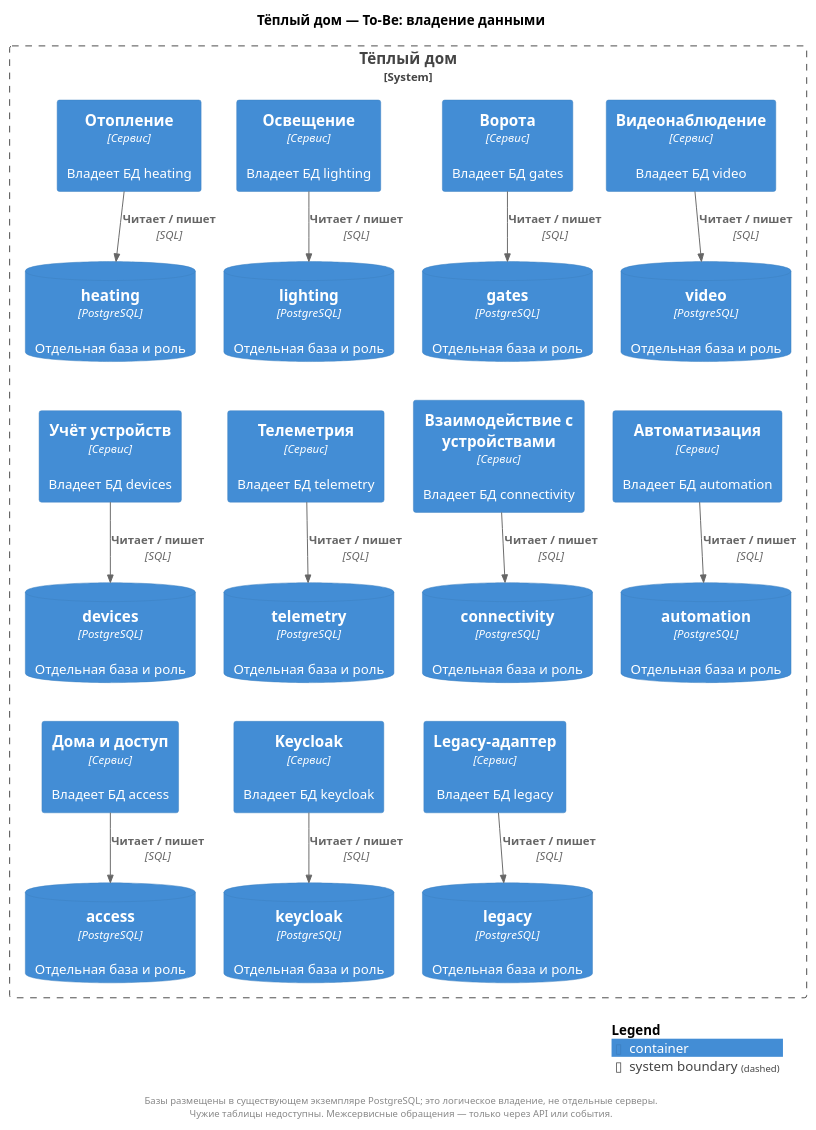
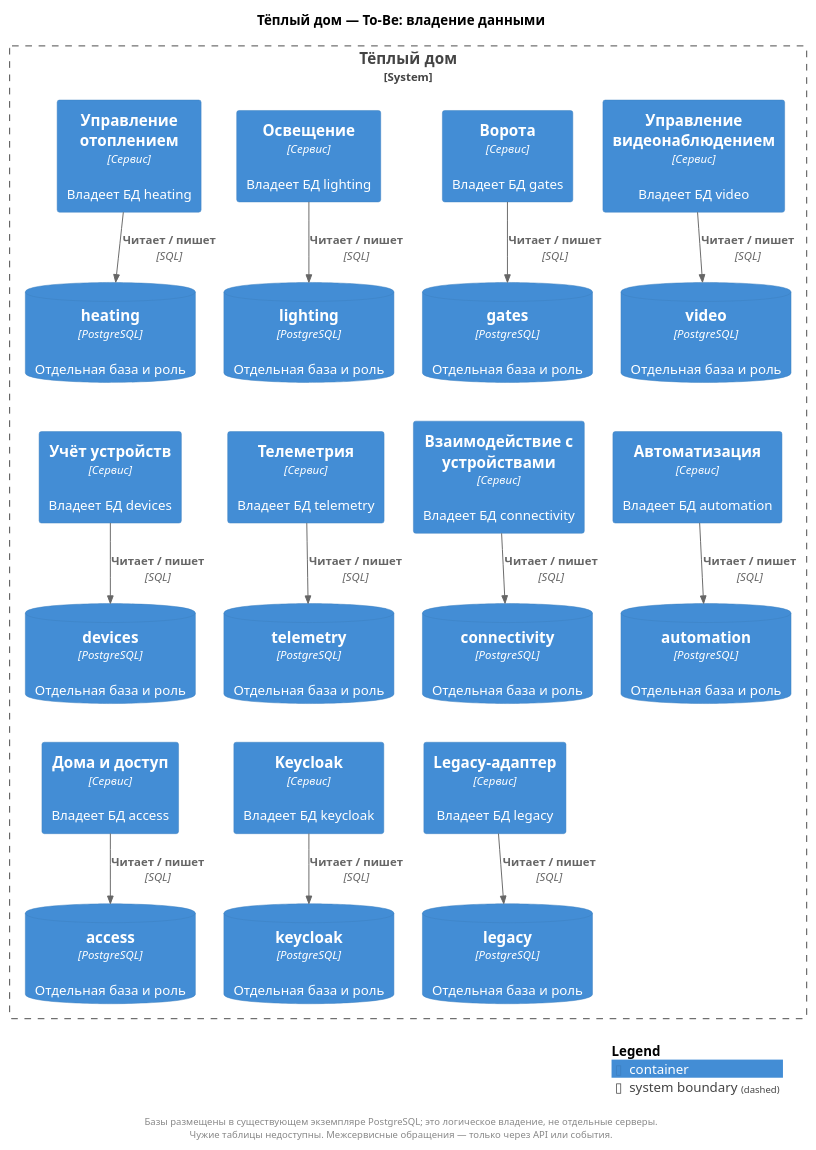
Before and after one commit to AndyMcFishka/architecture-pro-warmhouse: the diagram in diagrams/to-be-storage.puml, drawn with PlantUML. The commit also changed 11 other files, not shown here.

```diff
--- a/diagrams/to-be-storage.puml
+++ b/diagrams/to-be-storage.puml
@@ -1,65 +1,65 @@
 @startuml
 !include <C4/C4_Container>
 title Тёплый дом — To-Be: владение данными
 LAYOUT_TOP_DOWN()
 skinparam nodesep 30
 skinparam ranksep 40
 System_Boundary(platform, "Тёплый дом") {
-  Container(heating, "Отопление", "Сервис", "Владеет БД heating")
+  Container(heating, "Управление отоплением", "Сервис", "Владеет БД heating")
   ContainerDb(db_heating, "heating", "PostgreSQL", "Отдельная база и роль")
   Container(lighting, "Освещение", "Сервис", "Владеет БД lighting")
   ContainerDb(db_lighting, "lighting", "PostgreSQL", "Отдельная база и роль")
   Container(gates, "Ворота", "Сервис", "Владеет БД gates")
   ContainerDb(db_gates, "gates", "PostgreSQL", "Отдельная база и роль")
-  Container(video, "Видеонаблюдение", "Сервис", "Владеет БД video")
+  Container(video, "Управление видеонаблюдением", "Сервис", "Владеет БД video")
   ContainerDb(db_video, "video", "PostgreSQL", "Отдельная база и роль")
   Container(registry, "Учёт устройств", "Сервис", "Владеет БД devices")
   ContainerDb(db_registry, "devices", "PostgreSQL", "Отдельная база и роль")
   Container(telemetry, "Телеметрия", "Сервис", "Владеет БД telemetry")
   ContainerDb(db_telemetry, "telemetry", "PostgreSQL", "Отдельная база и роль")
   Container(transport, "Взаимодействие с устройствами", "Сервис", "Владеет БД connectivity")
   ContainerDb(db_transport, "connectivity", "PostgreSQL", "Отдельная база и роль")
   Container(automation, "Автоматизация", "Сервис", "Владеет БД automation")
   ContainerDb(db_automation, "automation", "PostgreSQL", "Отдельная база и роль")
   Container(access, "Дома и доступ", "Сервис", "Владеет БД access")
   ContainerDb(db_access, "access", "PostgreSQL", "Отдельная база и роль")
   Container(identity, "Keycloak", "Сервис", "Владеет БД keycloak")
   ContainerDb(db_identity, "keycloak", "PostgreSQL", "Отдельная база и роль")
   Container(monolith, "Legacy-адаптер", "Сервис", "Владеет БД legacy")
   ContainerDb(db_monolith, "legacy", "PostgreSQL", "Отдельная база и роль")
 }
 Rel_D(heating, db_heating, "Читает / пишет", "SQL")
 Rel_D(lighting, db_lighting, "Читает / пишет", "SQL")
 Rel_D(gates, db_gates, "Читает / пишет", "SQL")
 Rel_D(video, db_video, "Читает / пишет", "SQL")
 Lay_R(heating, lighting)
 Lay_R(db_heating, db_lighting)
 Lay_R(lighting, gates)
 Lay_R(db_lighting, db_gates)
 Lay_R(gates, video)
 Lay_R(db_gates, db_video)
 Rel_D(registry, db_registry, "Читает / пишет", "SQL")
 Rel_D(telemetry, db_telemetry, "Читает / пишет", "SQL")
 Rel_D(transport, db_transport, "Читает / пишет", "SQL")
 Rel_D(automation, db_automation, "Читает / пишет", "SQL")
 Lay_R(registry, telemetry)
 Lay_R(db_registry, db_telemetry)
 Lay_R(telemetry, transport)
 Lay_R(db_telemetry, db_transport)
 Lay_R(transport, automation)
 Lay_R(db_transport, db_automation)
 Rel_D(access, db_access, "Читает / пишет", "SQL")
 Rel_D(identity, db_identity, "Читает / пишет", "SQL")
 Rel_D(monolith, db_monolith, "Читает / пишет", "SQL")
 Lay_R(access, identity)
 Lay_R(db_access, db_identity)
 Lay_R(identity, monolith)
 Lay_R(db_identity, db_monolith)
 Lay_D(db_heating, registry)
 Lay_D(db_registry, access)
 footer
 Базы размещены в существующем экземпляре PostgreSQL; это логическое владение, не отдельные серверы.
 Чужие таблицы недоступны. Межсервисные обращения — только через API или события.
 end footer
 SHOW_LEGEND()
 @enduml
```
